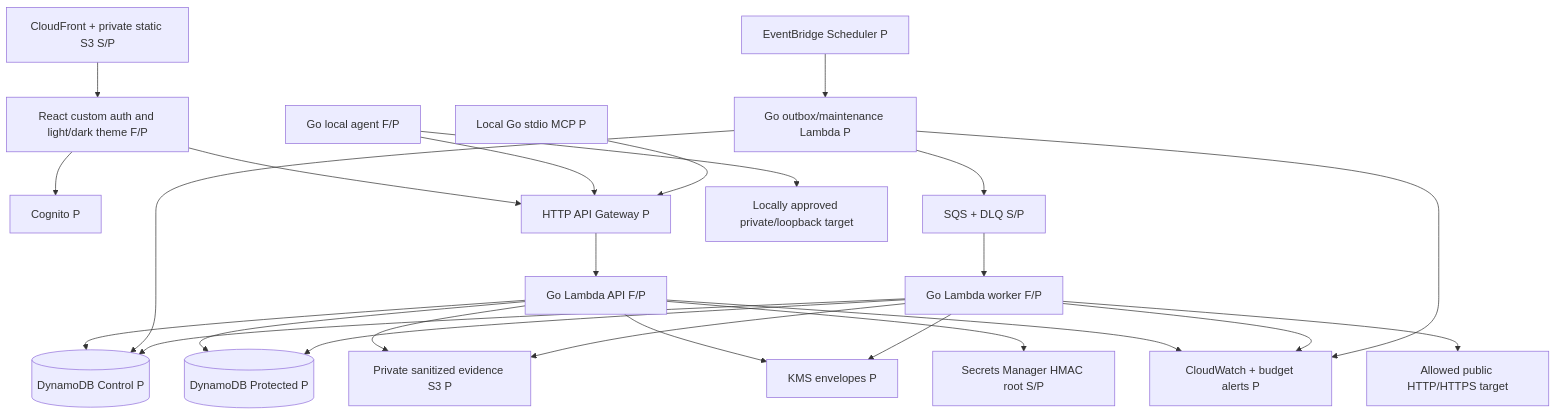
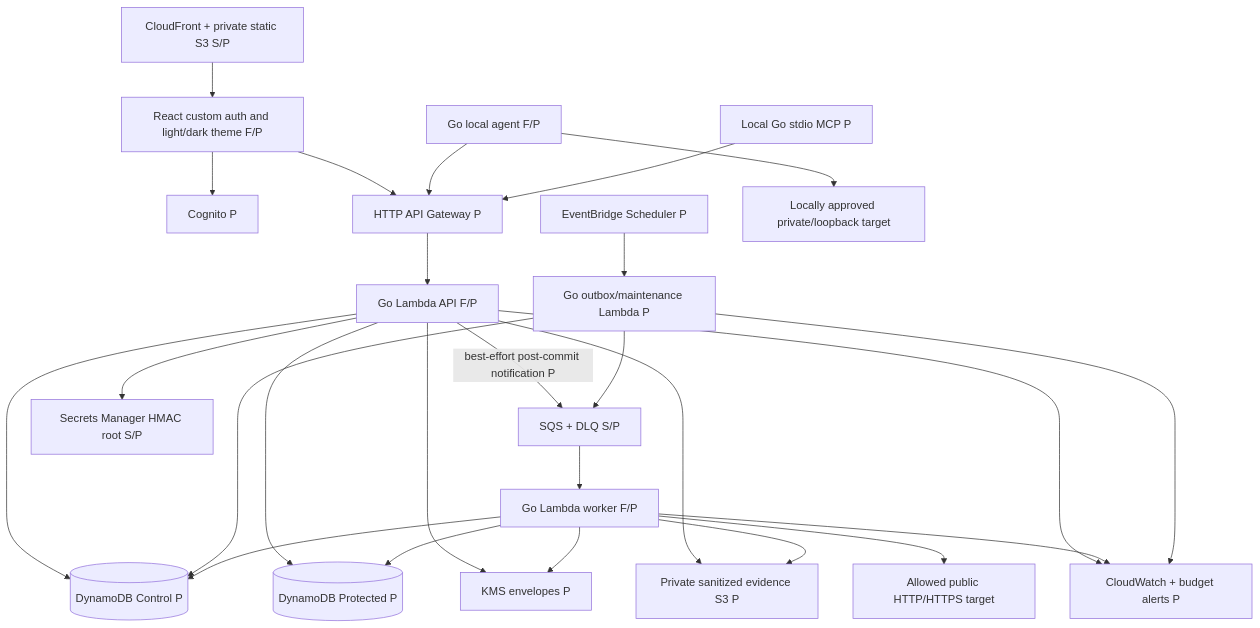
One commit to VioletProto/Kurier changed the first of 2 diagrams in docs/architecture/w1-system-design.md. Above: the diagram before and after it, drawn with Mermaid. The commit also changed other lines of this file and 4 other files, not shown here.

````diff
--- a/docs/architecture/w1-system-design.md
+++ b/docs/architecture/w1-system-design.md
@@ -45,46 +45,47 @@
 ```mermaid
 flowchart TB
   React["React custom auth and light/dark theme F/P"]
   Cognito["Cognito P"]
   Static["CloudFront + private static S3 S/P"]
   Gateway["HTTP API Gateway P"]
   API["Go Lambda API F/P"]
   Control[("DynamoDB Control P")]
   Protected[("DynamoDB Protected P")]
   Dispatcher["Go outbox/maintenance Lambda P"]
   Schedule["EventBridge Scheduler P"]
   Queue["SQS + DLQ S/P"]
   Worker["Go Lambda worker F/P"]
   Evidence["Private sanitized evidence S3 P"]
   KMS["KMS envelopes P"]
   Secret["Secrets Manager HMAC root S/P"]
   Monitor["CloudWatch + budget alerts P"]
   Agent["Go local agent F/P"]
   MCP["Local Go stdio MCP P"]
   Public["Allowed public HTTP/HTTPS target"]
   Local["Locally approved private/loopback target"]
   Static --> React
   React --> Cognito
   React --> Gateway
   Agent --> Gateway
   MCP --> Gateway
   Gateway --> API
+  API -->|"best-effort post-commit notification P"| Queue
   API --> Control
   API --> Protected
   API --> Evidence
   API --> KMS
   API --> Secret
   Schedule --> Dispatcher
   Dispatcher --> Control
   Dispatcher --> Queue
   Queue --> Worker
   Worker --> Control
   Worker --> Protected
   Worker --> KMS
   Worker --> Evidence
   Worker --> Public
   Agent --> Local
   API --> Monitor
   Worker --> Monitor
   Dispatcher --> Monitor
 ```
````
